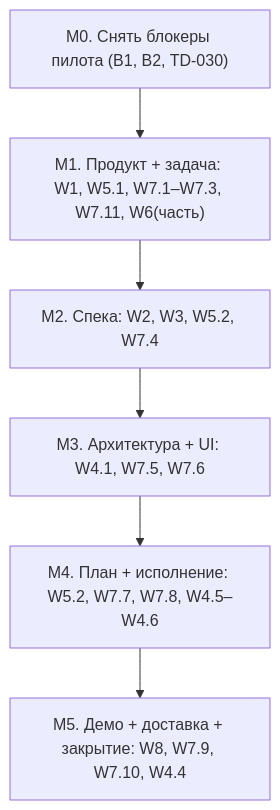
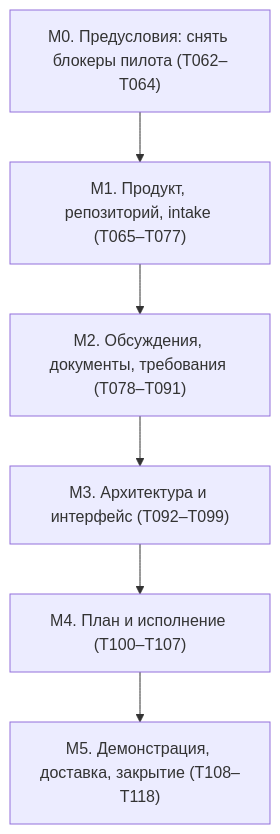
One commit to vadagama/dark-factory-mvp changed the second of 2 diagrams in docs/plan-changeset-workspace-mvp.md. Above: the diagram before and after it, drawn with Mermaid. The commit also changed other lines of this file and 1 other file, not shown here.

````diff
--- a/docs/plan-changeset-workspace-mvp.md
+++ b/docs/plan-changeset-workspace-mvp.md
@@ -149,10 +149,10 @@
 ```mermaid
 flowchart TD
-    M0["M0. Снять блокеры пилота (B1, B2, TD-030)"]
-    M1["M1. Продукт + задача: W1, W5.1, W7.1–W7.3, W7.11, W6(часть)"]
-    M2["M2. Спека: W2, W3, W5.2, W7.4"]
-    M3["M3. Архитектура + UI: W4.1, W7.5, W7.6"]
-    M4["M4. План + исполнение: W5.2, W7.7, W7.8, W4.5–W4.6"]
-    M5["M5. Демо + доставка + закрытие: W8, W7.9, W7.10, W4.4"]
+    M0["M0. Предусловия: снять блокеры пилота (T062–T064)"]
+    M1["M1. Продукт, репозиторий, intake (T065–T077)"]
+    M2["M2. Обсуждения, документы, требования (T078–T091)"]
+    M3["M3. Архитектура и интерфейс (T092–T099)"]
+    M4["M4. План и исполнение (T100–T107)"]
+    M5["M5. Демонстрация, доставка, закрытие (T108–T118)"]
     M0 --> M1 --> M2 --> M3 --> M4 --> M5
 ```
````
